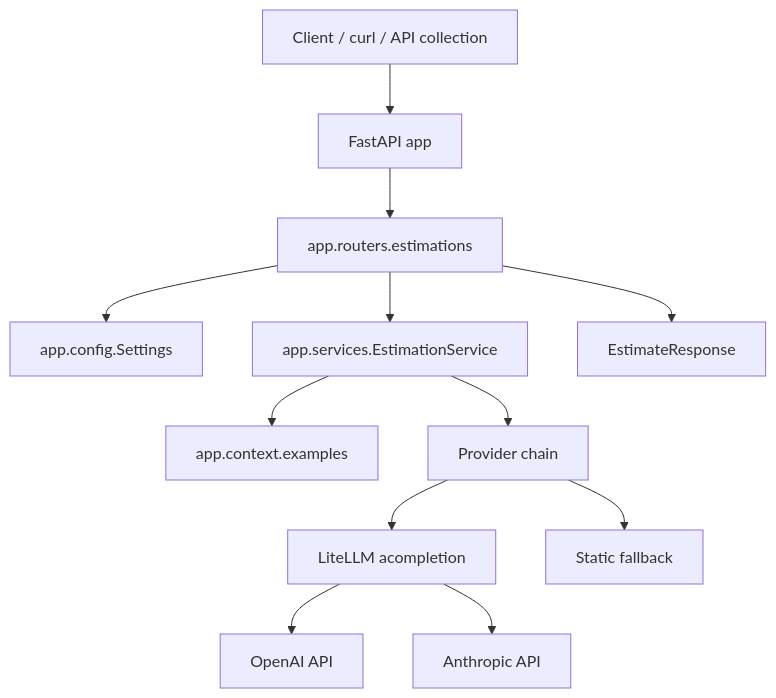
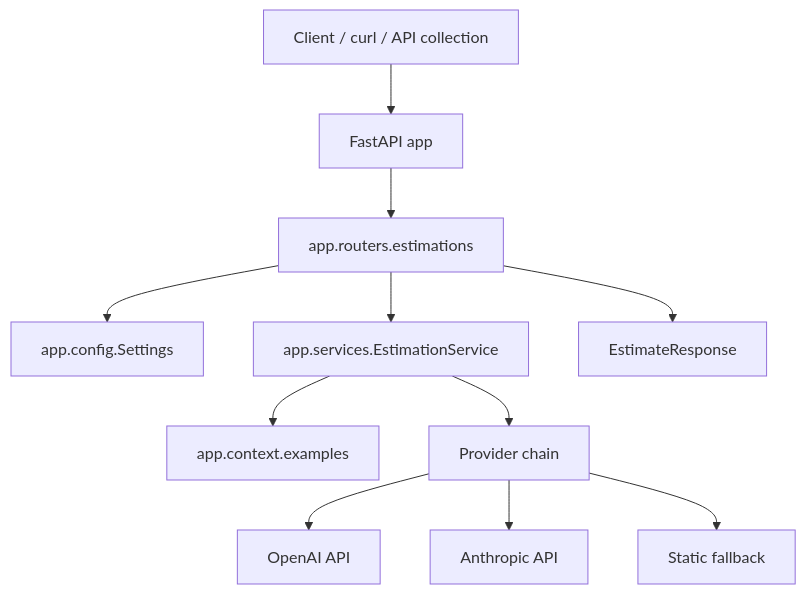
One commit to povedica/master-ia-lidr changed the first of 2 diagrams in proyectos/estimador-cag/docs/technical/README.md. Above: the diagram before and after it, drawn with Mermaid. The commit also changed other lines of this file and 12 other files, not shown here.

````diff
--- a/proyectos/estimador-cag/docs/technical/README.md
+++ b/proyectos/estimador-cag/docs/technical/README.md
@@ -292,14 +259,13 @@
 ```mermaid
 flowchart TD
     Client[Client / curl / API collection] --> FastAPI[FastAPI app]
     FastAPI --> Router[app.routers.estimations]
     Router --> Settings[app.config.Settings]
     Router --> Service[app.services.EstimationService]
     Service --> Examples[app.context.examples]
     Service --> Chain[Provider chain]
-    Chain --> LiteLLMGateway[LiteLLM acompletion]
-    LiteLLMGateway --> OpenAI[OpenAI API]
-    LiteLLMGateway --> Anthropic[Anthropic API]
+    Chain --> OpenAI[OpenAI API]
+    Chain --> Anthropic[Anthropic API]
     Chain --> StaticFallback[Static fallback]
     Router --> Response[EstimateResponse]
 ```
````
